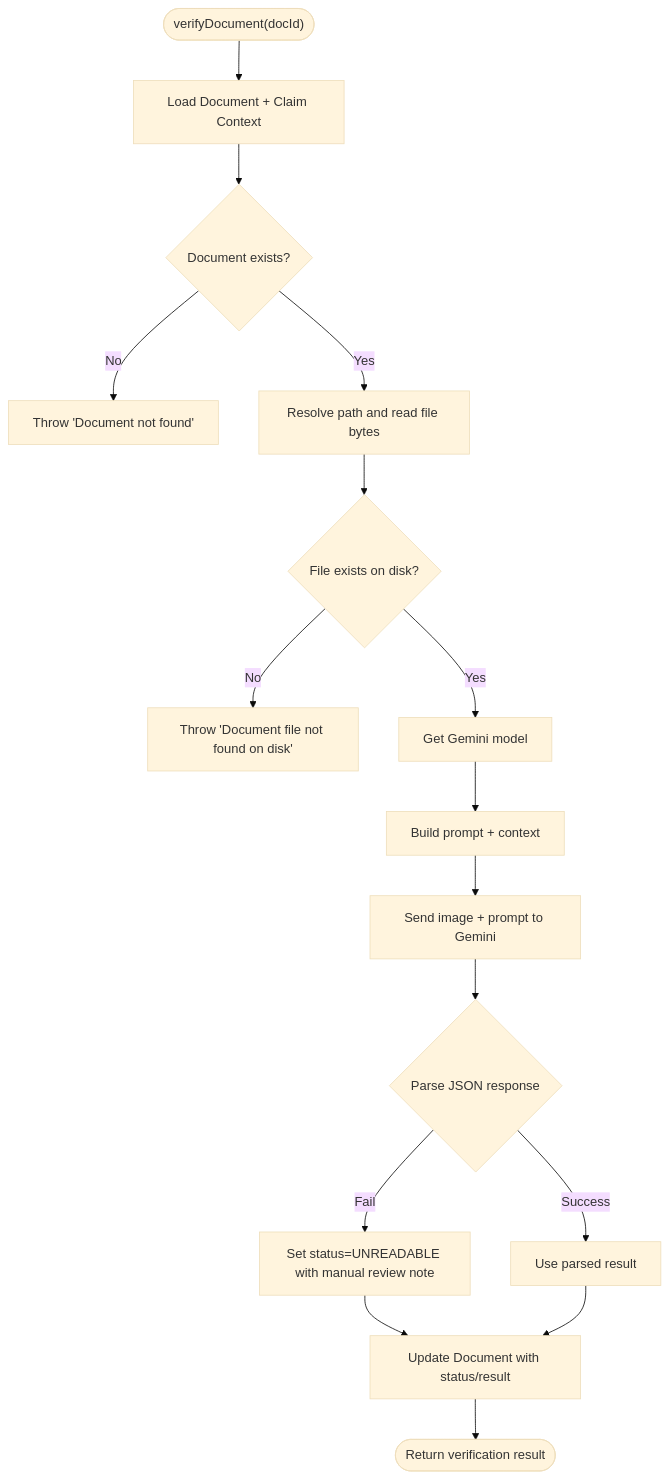
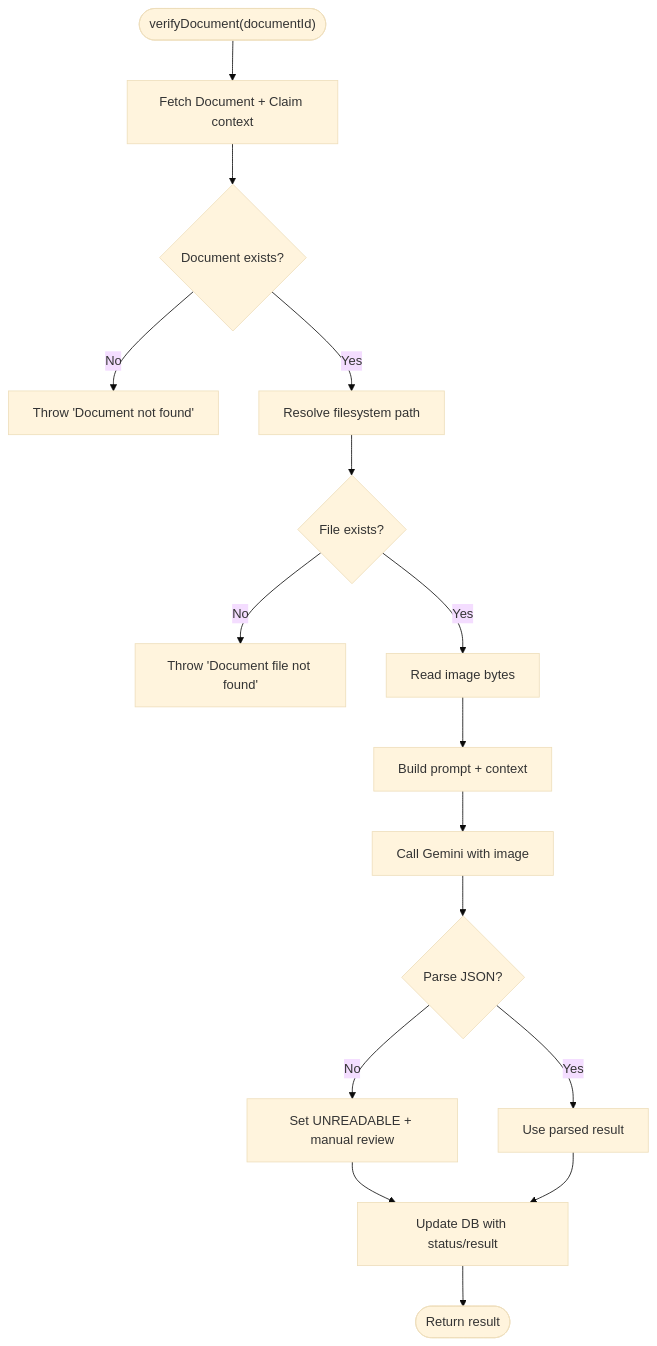
One commit to NaveenHiranya/Smart-Vehicle-Insurance-Claim-System changed the third of 5 diagrams in .qoder/repowiki/en/content/AI Services Integration/Document Verification Service.md. Above: the diagram before and after it, drawn with Mermaid (base theme). The commit also changed other lines of this file and 183 other files, not shown here.

````diff
--- a/.qoder/repowiki/en/content/AI Services Integration/Document Verification Service.md
+++ b/.qoder/repowiki/en/content/AI Services Integration/Document Verification Service.md
@@ -148,18 +154,18 @@
 ```mermaid
 flowchart TD
-Start(["verifyDocument(docId)"]) --> LoadDoc["Load Document + Claim Context"]
-LoadDoc --> CheckExists{"Document exists?"}
-CheckExists -- No --> ErrNotFound["Throw 'Document not found'"]
-CheckExists -- Yes --> ReadFile["Resolve path and read file bytes"]
-ReadFile --> Exists{"File exists on disk?"}
-Exists -- No --> ErrMissing["Throw 'Document file not found on disk'"]
-Exists -- Yes --> GetModel["Get Gemini model"]
-GetModel --> BuildPrompt["Build prompt + context"]
-BuildPrompt --> SendAI["Send image + prompt to Gemini"]
-SendAI --> ParseJSON{"Parse JSON response"}
-ParseJSON -- Fail --> Fallback["Set status=UNREADABLE with manual review note"]
-ParseJSON -- Success --> UseResult["Use parsed result"]
-Fallback --> UpdateDB["Update Document with status/result"]
-UseResult --> UpdateDB
-UpdateDB --> Return(["Return verification result"])
+Start(["verifyDocument(documentId)"]) --> FetchDoc["Fetch Document + Claim context"]
+FetchDoc --> Exists{"Document exists?"}
+Exists -- "No" --> ErrDoc["Throw 'Document not found'"]
+Exists -- "Yes" --> ResolvePath["Resolve filesystem path"]
+ResolvePath --> FileExists{"File exists?"}
+FileExists -- "No" --> ErrFile["Throw 'Document file not found'"]
+FileExists -- "Yes" --> ReadImage["Read image bytes"]
+ReadImage --> BuildPrompt["Build prompt + context"]
+BuildPrompt --> CallAI["Call Gemini with image"]
+CallAI --> ParseJSON{"Parse JSON?"}
+ParseJSON -- "No" --> Fallback["Set UNREADABLE + manual review"]
+ParseJSON -- "Yes" --> UseResult["Use parsed result"]
+Fallback --> Save["Update DB with status/result"]
+UseResult --> Save
+Save --> End(["Return result"])
 ```
````
